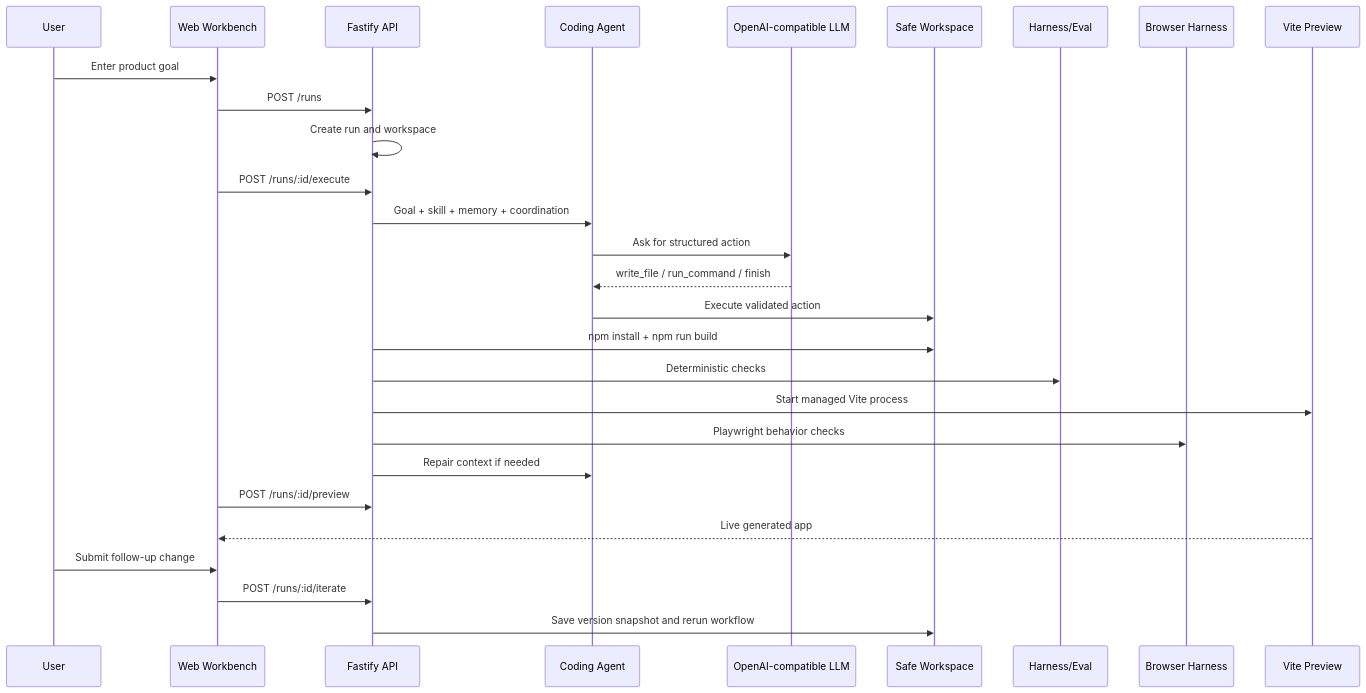
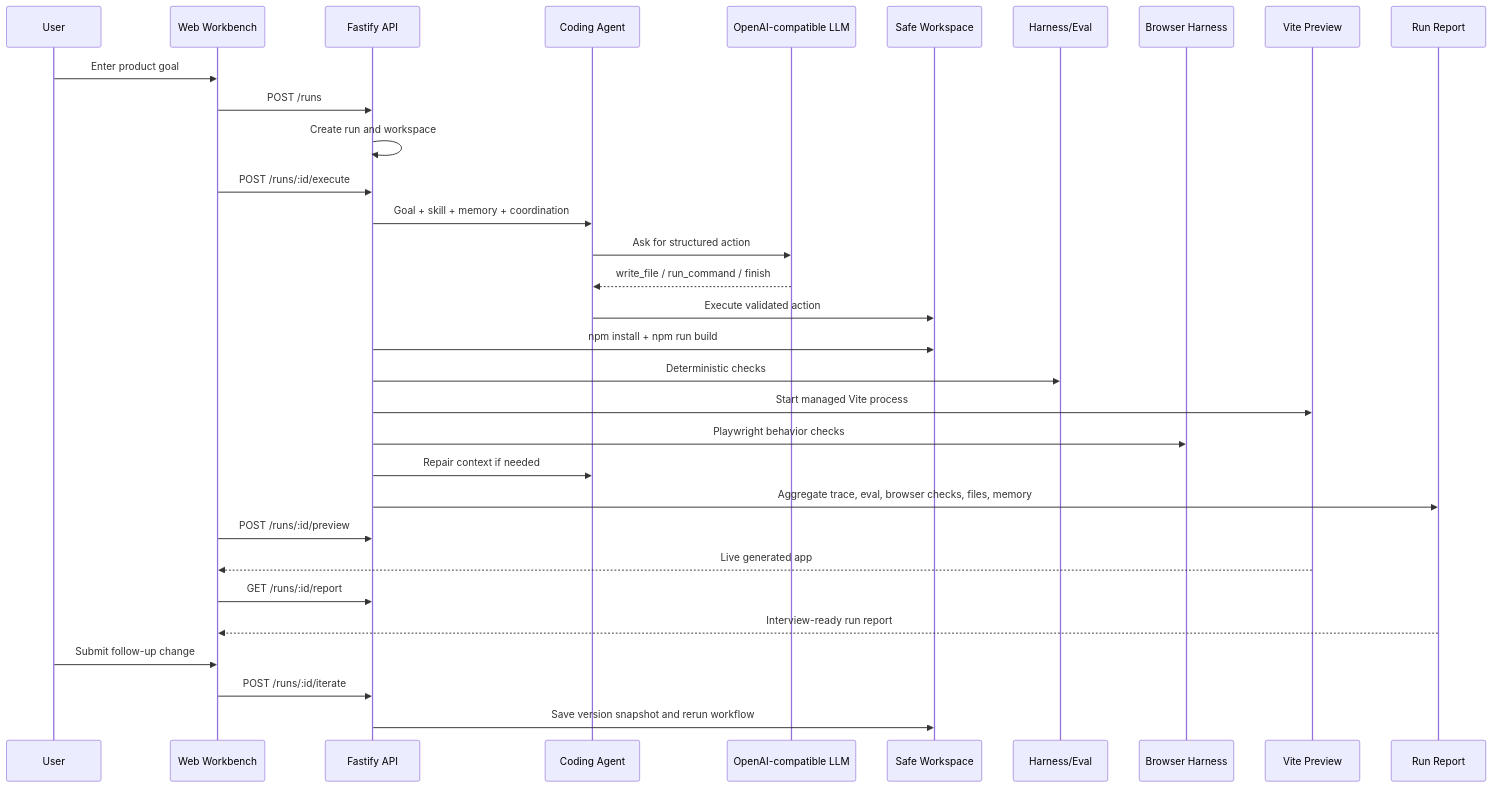
One commit to Marvin725626/appforge-agent-platform changed the first of 2 diagrams in README.md. Above: the diagram before and after it, drawn with Mermaid. The commit also changed other lines of this file and 6 other files, not shown here.

Commit message:
Polish README architecture docs and screenshots

````diff
--- a/README.md
+++ b/README.md
@@ -34,31 +34,35 @@
 ```mermaid
 sequenceDiagram
     participant User
     participant Web as Web Workbench
     participant API as Fastify API
     participant Agent as Coding Agent
     participant LLM as OpenAI-compatible LLM
     participant WS as Safe Workspace
     participant Eval as Harness/Eval
     participant Browser as Browser Harness
     participant Preview as Vite Preview
+    participant Report as Run Report
 
     User->>Web: Enter product goal
     Web->>API: POST /runs
     API->>API: Create run and workspace
     Web->>API: POST /runs/:id/execute
     API->>Agent: Goal + skill + memory + coordination
     Agent->>LLM: Ask for structured action
     LLM-->>Agent: write_file / run_command / finish
     Agent->>WS: Execute validated action
     API->>WS: npm install + npm run build
     API->>Eval: Deterministic checks
     API->>Preview: Start managed Vite process
     API->>Browser: Playwright behavior checks
     API->>Agent: Repair context if needed
+    API->>Report: Aggregate trace, eval, browser checks, files, memory
     Web->>API: POST /runs/:id/preview
     Preview-->>Web: Live generated app
+    Web->>API: GET /runs/:id/report
+    Report-->>Web: Interview-ready run report
     User->>Web: Submit follow-up change
     Web->>API: POST /runs/:id/iterate
     API->>WS: Save version snapshot and rerun workflow
 ```
````
